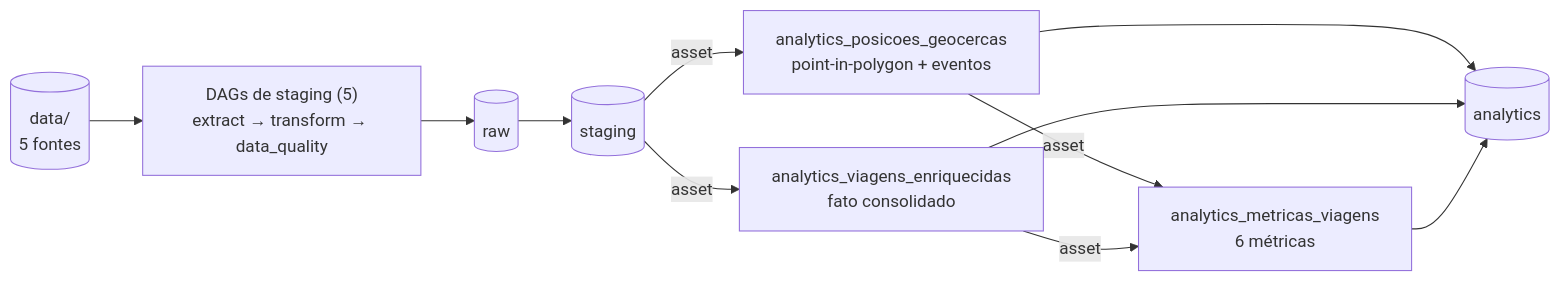
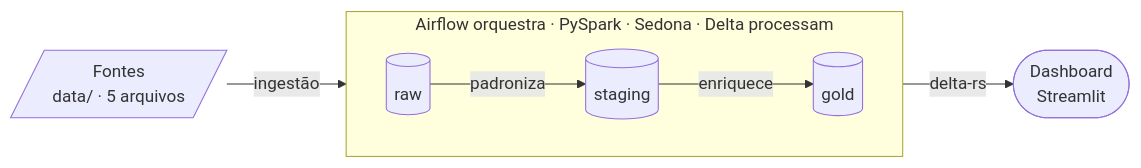
Before and after one commit to vhfleury/teste-tecnico2: the diagram in README.md, drawn with Mermaid. The commit also changed other lines of this file, not shown here.

````diff
--- a/README.md
+++ b/README.md
@@ -40,13 +58,12 @@
 ```mermaid
 flowchart LR
-    DATA[("data/<br/>5 fontes")] --> SDAG["DAGs de staging (5)<br/>extract → transform → data_quality"]
-    SDAG --> RAW[("raw")]
-    RAW --> STG[("staging")]
-    STG -- asset --> PG["analytics_posicoes_geocercas<br/>point-in-polygon + eventos"]
-    STG -- asset --> VE["analytics_viagens_enriquecidas<br/>fato consolidado"]
-    PG -- asset --> MV["analytics_metricas_viagens<br/>6 métricas"]
-    VE -- asset --> MV
-    PG --> GOLD[("analytics")]
-    VE --> GOLD
-    MV --> GOLD
+    SRC[/"Fontes<br/>data/ · 5 arquivos"/]
+
+    subgraph PIPE["Airflow orquestra · PySpark · Sedona · Delta processam"]
+        direction LR
+        RAW[("raw")] -->|padroniza| STG[("staging")] -->|enriquece| GOLD[("gold")]
+    end
+
+    SRC -->|ingestão| RAW
+    GOLD -->|delta-rs| DASH(["Dashboard<br/>Streamlit"])
 ```
````
